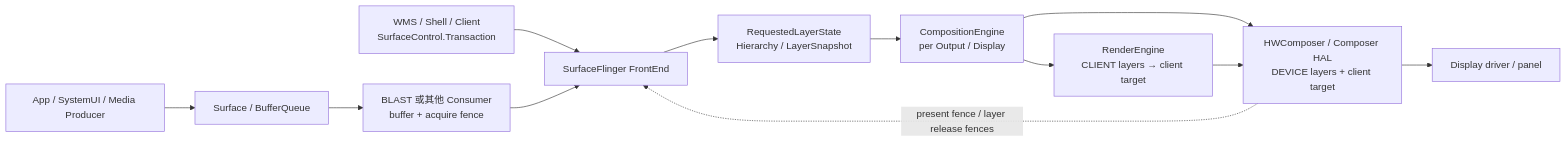
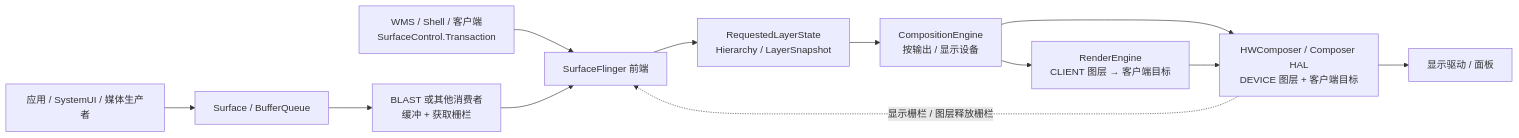
The diagram in src/part1-fundamentals/ch02-rendering/06-surfaceflinger.md (Gracker/android-internals-wiki), drawn with Mermaid before and after one commit. The commit also changed other lines of this file and 4 other files, not shown here.

````diff
--- a/src/part1-fundamentals/ch02-rendering/06-surfaceflinger.md
+++ b/src/part1-fundamentals/ch02-rendering/06-surfaceflinger.md
@@ -119,14 +99,14 @@
 ```mermaid
 flowchart LR
-    A["App / SystemUI / Media Producer"] --> Q["Surface / BufferQueue"]
-    Q --> B["BLAST 或其他 Consumer<br/>buffer + acquire fence"]
-    W["WMS / Shell / Client<br/>SurfaceControl.Transaction"] --> T["SurfaceFlinger FrontEnd"]
+    A["应用 / SystemUI / 媒体生产者"] --> Q["Surface / BufferQueue"]
+    Q --> B["BLAST 或其他消费者<br/>缓冲 + 获取栅栏"]
+    W["WMS / Shell / 客户端<br/>SurfaceControl.Transaction"] --> T["SurfaceFlinger 前端"]
     B --> T
     T --> S["RequestedLayerState<br/>Hierarchy / LayerSnapshot"]
-    S --> O["CompositionEngine<br/>per Output / Display"]
-    O --> R["RenderEngine<br/>CLIENT layers → client target"]
-    O --> C["HWComposer / Composer HAL<br/>DEVICE layers + client target"]
+    S --> O["CompositionEngine<br/>按输出 / 显示设备"]
+    O --> R["RenderEngine<br/>CLIENT 图层 → 客户端目标"]
+    O --> C["HWComposer / Composer HAL<br/>DEVICE 图层 + 客户端目标"]
     R --> C
-    C --> D["Display driver / panel"]
-    C -. "present fence / layer release fences" .-> T
+    C --> D["显示驱动 / 面板"]
+    C -. "显示栅栏 / 图层释放栅栏" .-> T
 ```
````
